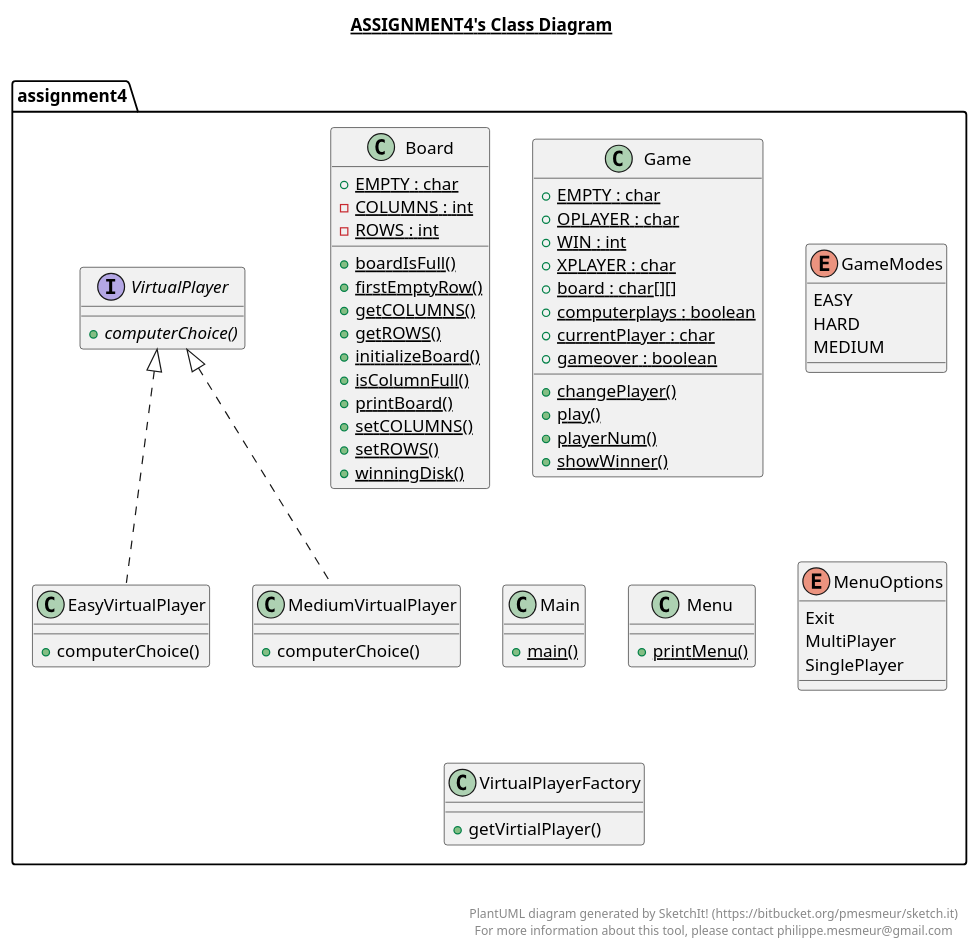
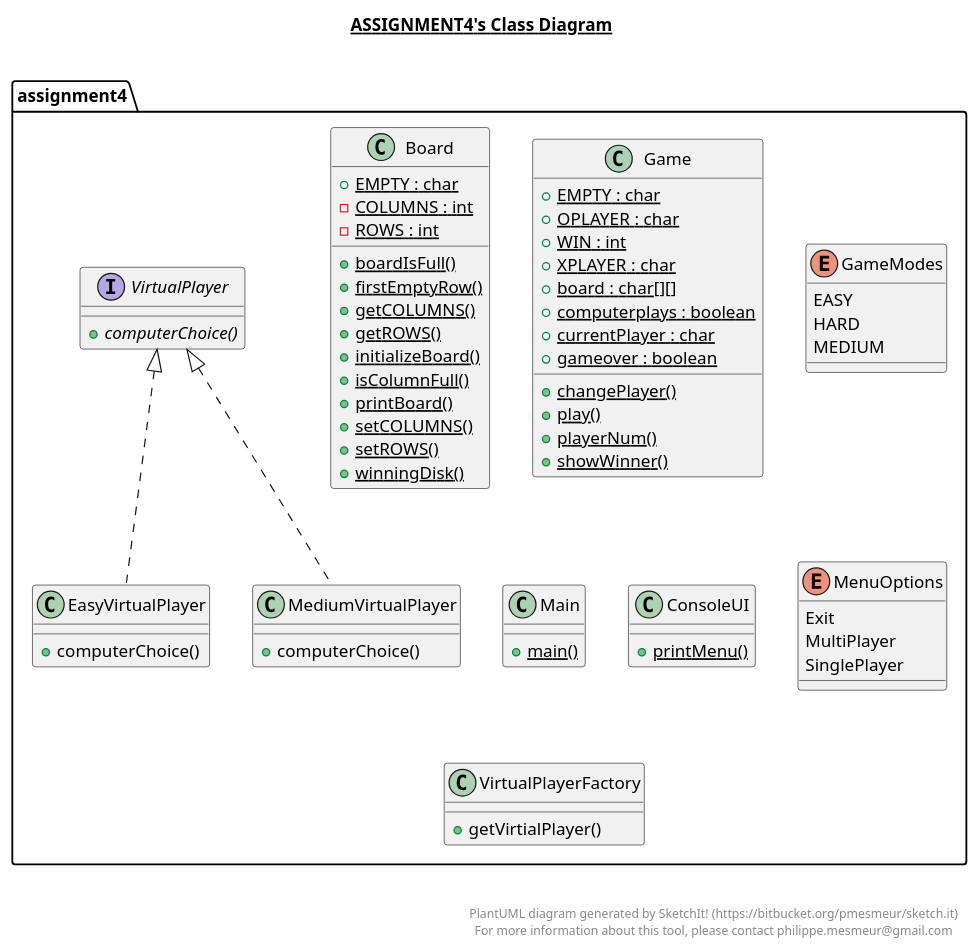
Before and after one commit to arpeled/FourInLine: the diagram in out/production/Project/assignment4/assignment4.plantuml, drawn with PlantUML. The commit also changed 28 other files, not shown here.

```diff
--- a/out/production/Project/assignment4/assignment4.plantuml
+++ b/out/production/Project/assignment4/assignment4.plantuml
@@ -1,113 +1,113 @@
 @startuml
 
 title __ASSIGNMENT4's Class Diagram__\n
 
   namespace assignment4 {
     class assignment4.Board {
         {static} + EMPTY : char
         {static} - COLUMNS : int
         {static} - ROWS : int
         {static} + boardIsFull()
         {static} + firstEmptyRow()
         {static} + getCOLUMNS()
         {static} + getROWS()
         {static} + initializeBoard()
         {static} + isColumnFull()
         {static} + printBoard()
         {static} + setCOLUMNS()
         {static} + setROWS()
         {static} + winningDisk()
     }
   }
   
 
   namespace assignment4 {
     class assignment4.EasyVirtualPlayer {
         + computerChoice()
     }
   }
   
 
   namespace assignment4 {
     class assignment4.Game {
         {static} + EMPTY : char
         {static} + OPLAYER : char
         {static} + WIN : int
         {static} + XPLAYER : char
         {static} + board : char[][]
         {static} + computerplays : boolean
         {static} + currentPlayer : char
         {static} + gameover : boolean
         {static} + changePlayer()
         {static} + play()
         {static} + playerNum()
         {static} + showWinner()
     }
   }
   
 
   namespace assignment4 {
     enum GameModes {
       EASY
       HARD
       MEDIUM
     }
   }
   
 
   namespace assignment4 {
     class assignment4.Main {
         {static} + main()
     }
   }
   
 
   namespace assignment4 {
     class assignment4.MediumVirtualPlayer {
         + computerChoice()
     }
   }
   
 
   namespace assignment4 {
-    class assignment4.Menu {
+    class assignment4.ConsoleUI {
         {static} + printMenu()
     }
   }
   
 
   namespace assignment4 {
     enum MenuOptions {
       Exit
       MultiPlayer
       SinglePlayer
     }
   }
   
 
   namespace assignment4 {
     interface assignment4.VirtualPlayer {
         {abstract} + computerChoice()
     }
   }
   
 
   namespace assignment4 {
     class assignment4.VirtualPlayerFactory {
         + getVirtialPlayer()
     }
   }
   
 
   assignment4.EasyVirtualPlayer .up.|> assignment4.VirtualPlayer
   assignment4.MediumVirtualPlayer .up.|> assignment4.VirtualPlayer
 
 
 right footer
 
 
 PlantUML diagram generated by SketchIt! (https://bitbucket.org/pmesmeur/sketch.it)
 For more information about this tool, please contact philippe.mesmeur@gmail.com
 endfooter
 
 @enduml
```
